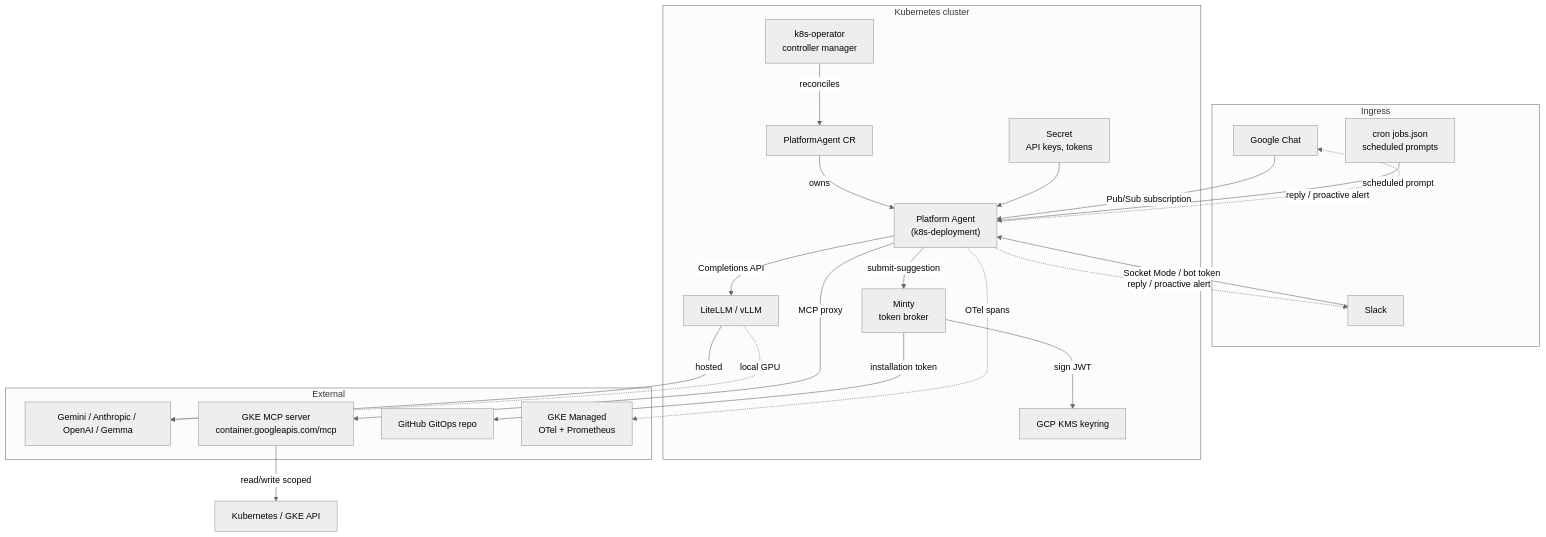
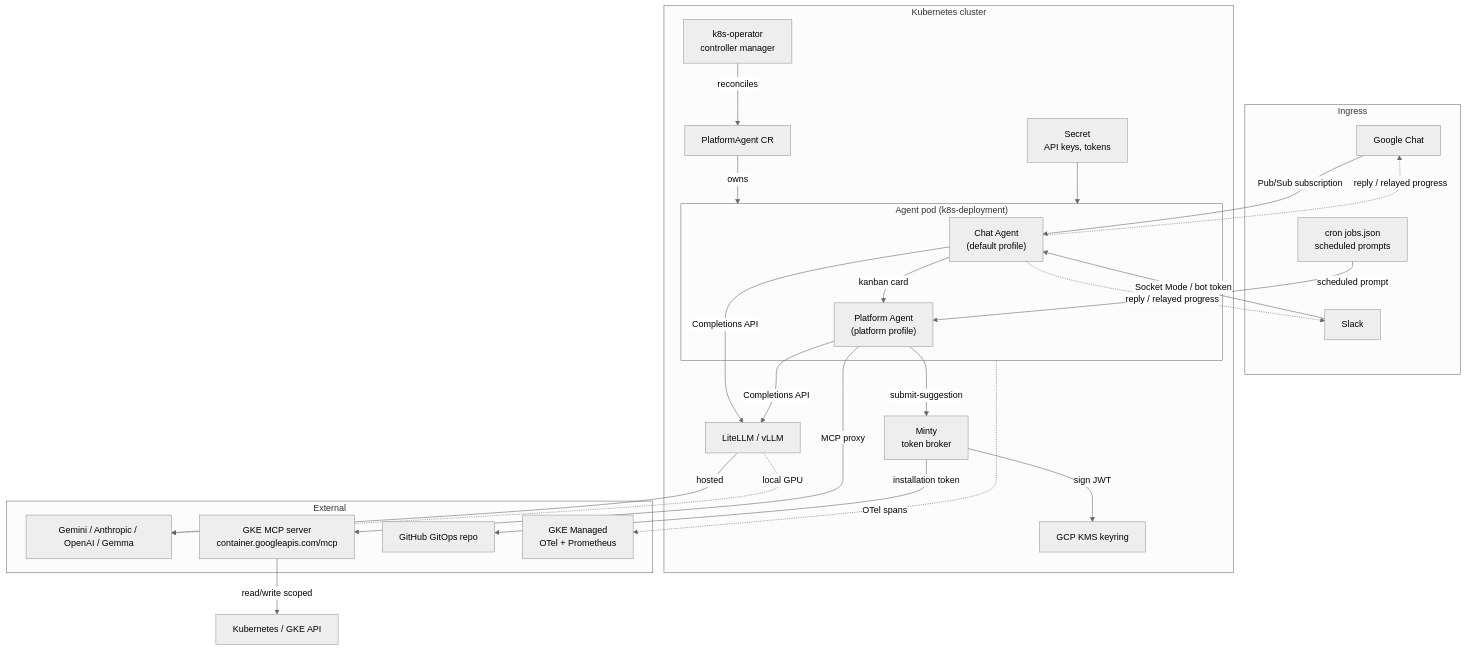
Before and after one commit to gke-agentic/kube-agents: the diagram in docs/site/src/content/docs/overview/architecture.mdx, drawn with Mermaid (neutral theme). The commit also changed other lines of this file and 5 other files, not shown here.

First line of the commit message:
docs(site): document the Chat Agent front door and the two-profile pod

````diff
--- a/docs/site/src/content/docs/overview/architecture.mdx
+++ b/docs/site/src/content/docs/overview/architecture.mdx
@@ -12,48 +12,54 @@
 ```mermaid
 flowchart TB
     subgraph Ingress
         GC[Google Chat]
         SL[Slack]
         CR[cron jobs.json<br/>scheduled prompts]
     end
 
     subgraph Cluster["Kubernetes cluster"]
         OP[k8s-operator<br/>controller manager]
         CRD[PlatformAgent CR]
-        PA["Platform Agent<br/>(k8s-deployment)"]
+        subgraph Pod["Agent pod (k8s-deployment)"]
+            CA["Chat Agent<br/>(default profile)"]
+            PA["Platform Agent<br/>(platform profile)"]
+        end
         SEC[Secret<br/>API keys, tokens]
         LM[LiteLLM / vLLM]
         MT[Minty<br/>token broker]
         KMS[GCP KMS keyring]
     end
 
     subgraph External
         LLM[Gemini / Anthropic / OpenAI / Gemma]
         MCPGKE[GKE MCP server<br/>container.googleapis.com/mcp]
         GH[GitHub GitOps repo]
         OTEL[GKE Managed<br/>OTel + Prometheus]
     end
 
-    GC -->|Pub/Sub subscription| PA
-    SL -->|Socket Mode / bot token| PA
+    GC -->|Pub/Sub subscription| CA
+    SL -->|Socket Mode / bot token| CA
     CR -->|scheduled prompt| PA
 
+    CA -->|kanban card| PA
+
     OP -->|reconciles| CRD
-    CRD -->|owns| PA
-    SEC --> PA
+    CRD -->|owns| Pod
+    SEC --> Pod
 
+    CA -->|Completions API| LM
     PA -->|Completions API| LM
     LM -->|hosted| LLM
     LM -.->|local GPU| LLM
 
     PA -->|MCP proxy| MCPGKE
     MCPGKE -->|read/write scoped| K8S[Kubernetes / GKE API]
 
     PA -->|submit-suggestion| MT
     MT -->|sign JWT| KMS
     MT -->|installation token| GH
 
-    PA -.->|OTel spans| OTEL
-    PA -.->|reply / proactive alert| GC
-    PA -.->|reply / proactive alert| SL
+    Pod -.->|OTel spans| OTEL
+    CA -.->|reply / relayed progress| GC
+    CA -.->|reply / relayed progress| SL
 ```
````
